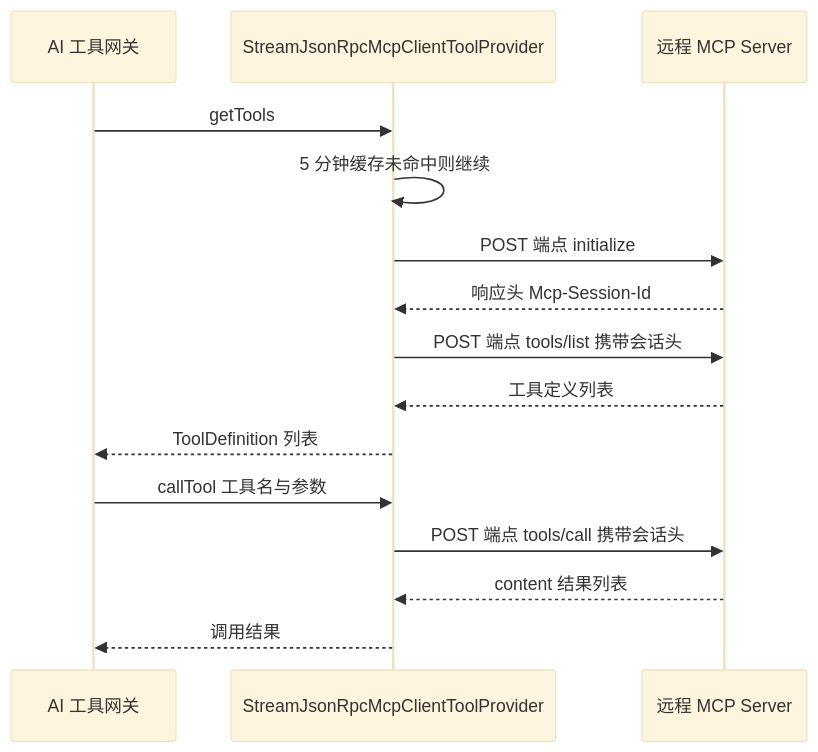
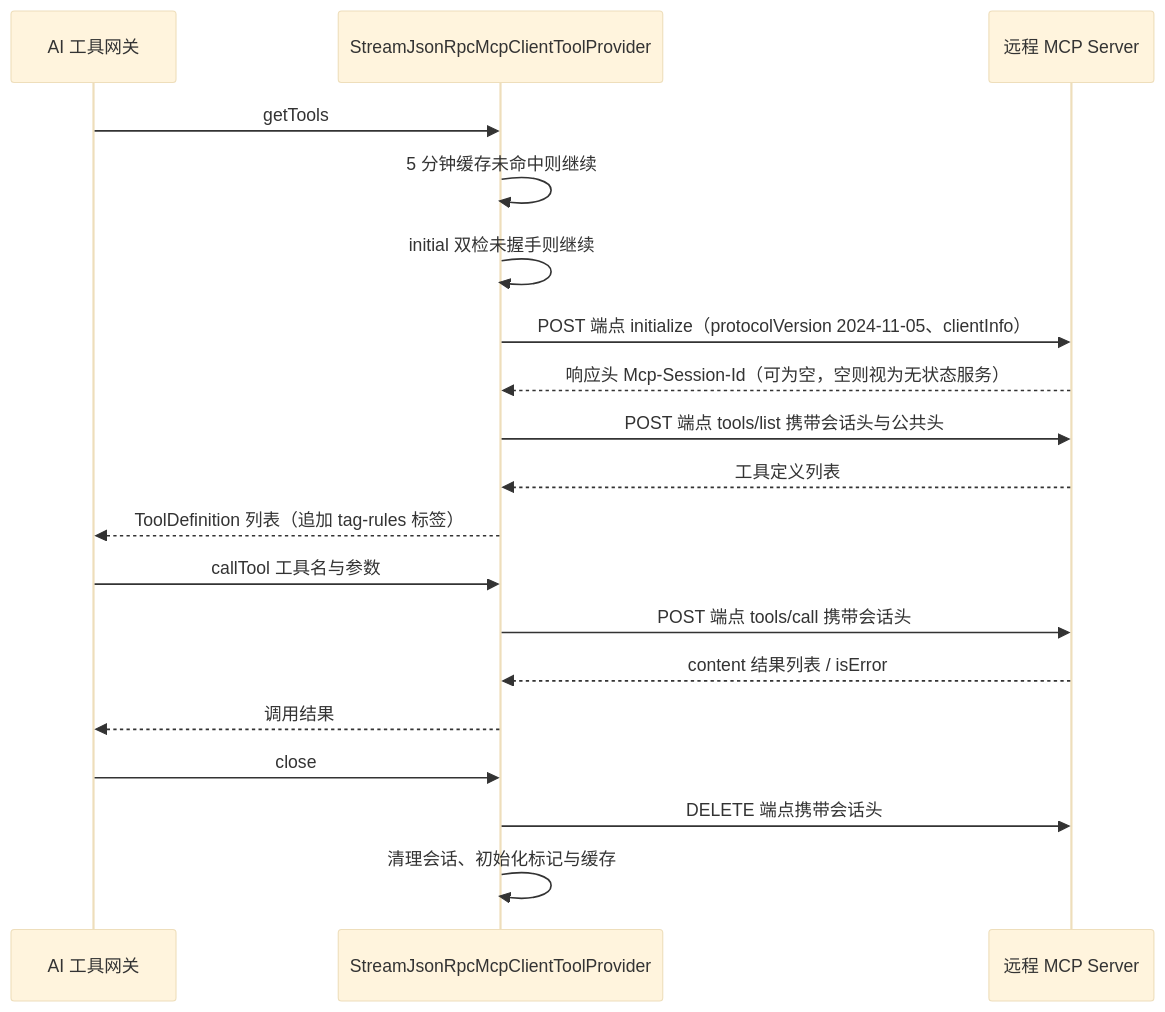
One commit to Ice2Faith/i2f-turbo-java changed the second of 3 diagrams in .wiki/modules/i2f-springboot/i2f-springboot-ai-mcp-client/readme.md. Above: the diagram before and after it, drawn with Mermaid (base theme). The commit also changed other lines of this file and 3 other files, not shown here.

````diff
--- a/.wiki/modules/i2f-springboot/i2f-springboot-ai-mcp-client/readme.md
+++ b/.wiki/modules/i2f-springboot/i2f-springboot-ai-mcp-client/readme.md
@@ -69,19 +76,23 @@
 ```mermaid
 sequenceDiagram
     participant G as AI 工具网关
     participant P as StreamJsonRpcMcpClientToolProvider
     participant S as 远程 MCP Server
 
     G->>P: getTools
     P->>P: 5 分钟缓存未命中则继续
-    P->>S: POST 端点 initialize
-    S-->>P: 响应头 Mcp-Session-Id
-    P->>S: POST 端点 tools/list 携带会话头
+    P->>P: initial 双检未握手则继续
+    P->>S: POST 端点 initialize（protocolVersion 2024-11-05、clientInfo）
+    S-->>P: 响应头 Mcp-Session-Id（可为空，空则视为无状态服务）
+    P->>S: POST 端点 tools/list 携带会话头与公共头
     S-->>P: 工具定义列表
-    P-->>G: ToolDefinition 列表
+    P-->>G: ToolDefinition 列表（追加 tag-rules 标签）
 
     G->>P: callTool 工具名与参数
     P->>S: POST 端点 tools/call 携带会话头
-    S-->>P: content 结果列表
+    S-->>P: content 结果列表 / isError
     P-->>G: 调用结果
+    G->>P: close
+    P->>S: DELETE 端点携带会话头
+    P->>P: 清理会话、初始化标记与缓存
 ```
````
